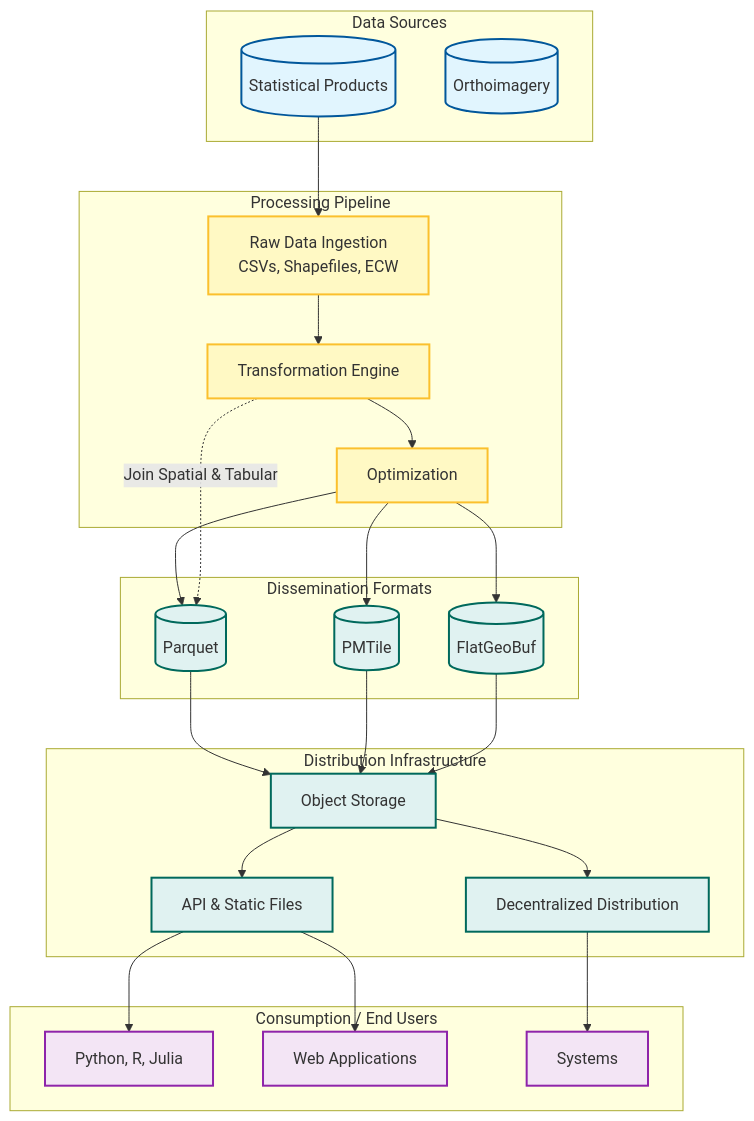
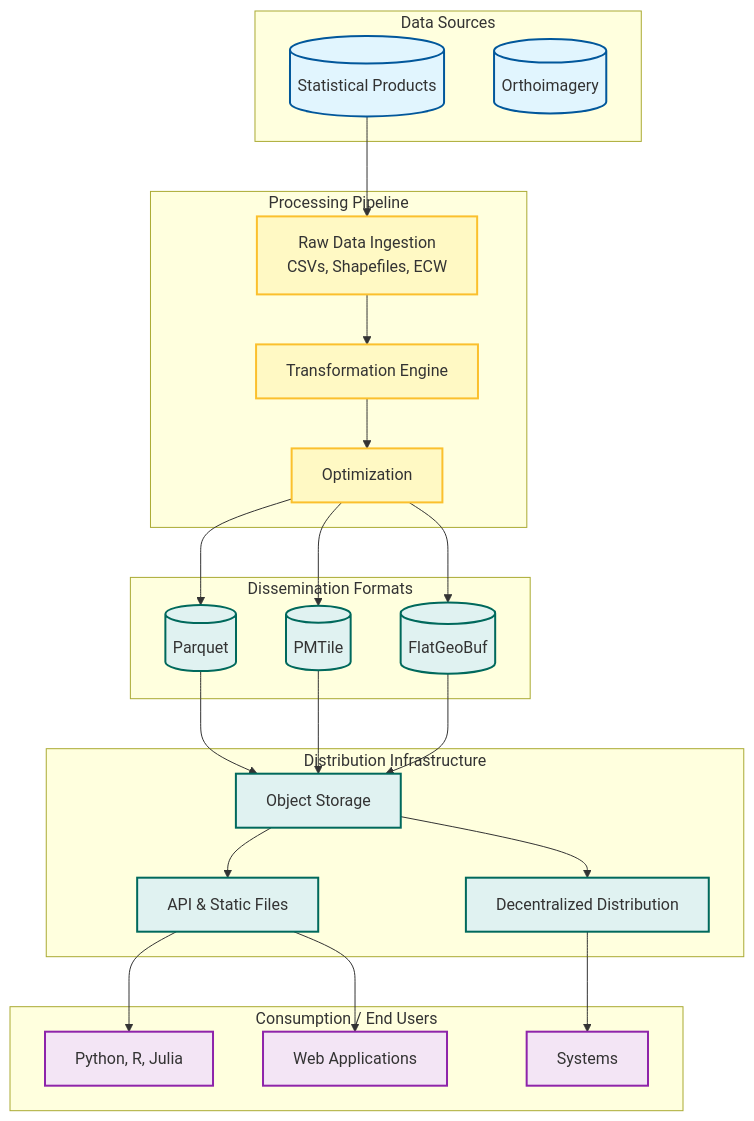
The diagram in content/_index.md (dataforcanada/www.dataforcanada.org), drawn with Mermaid before and after one commit. The commit also changed 1 other file, not shown here.

Commit message:
Simplified diagrams

````diff
--- a/content/_index.md
+++ b/content/_index.md
@@ -23,64 +23,61 @@
 ```mermaid
 flowchart TD
     %% Define Styles
     classDef source fill:#e1f5fe,stroke:#01579b,stroke-width:2px
     classDef process fill:#fff9c4,stroke:#fbc02d,stroke-width:2px
     classDef storage fill:#e0f2f1,stroke:#00695c,stroke-width:2px
     classDef consumer fill:#f3e5f5,stroke:#8e24aa,stroke-width:2px
 
     subgraph "Data Sources"
         StatProducts[("Statistical Products")]:::source
         Orthoimagery[("Orthoimagery")]:::source
     end
 
     subgraph "Processing Pipeline"
         Raw[Raw Data Ingestion<br/>CSVs, Shapefiles, ECW]:::process
         Transform[Transformation Engine]:::process
         Opt[Optimization]:::process
     end
 
     subgraph "Dissemination Formats"
         Parquet[("Parquet")]:::storage
         PMTiles[("PMTile")]:::storage
         FlatGeoBuf[("FlatGeoBuf")]:::storage
     end
 
     subgraph "Distribution Infrastructure"
         ObjectStorage[Object Storage]:::storage
         DecentralizedDistribution[Decentralized Distribution]:::storage
         Serverless[API & Static Files]:::storage
     end
 
     subgraph "Consumption / End Users"
         DataSci[DuckDB, Python, QGIS, Jupyter]:::consumer
         WebApps[Web Applications]:::consumer
         DataSci[Python, R, Julia]:::consumer
         Systems[Systems]:::consumer
     end
 
     %% Relationships
     StatProducts --> Raw
     Raw --> Transform
     Transform --> Opt
     Opt --> Parquet
     Opt --> PMTiles
     Opt --> FlatGeoBuf
     Parquet --> ObjectStorage
     PMTiles --> ObjectStorage
     FlatGeoBuf --> ObjectStorage
     ObjectStorage --> DecentralizedDistribution
     ObjectStorage --> Serverless
     DecentralizedDistribution --> Systems
     Serverless --> WebApps
     Serverless --> DataSci
 
-    %% Concept Annotations
-    Transform -.->|"Join Spatial & Tabular"| Parquet
-
     click Parquet "https://github.com/apache/parquet-format" _blank
     click FlatGeoBuf "https://flatgeobuf.org" _blank
     click PMTiles "https://github.com/protomaps/PMTiles/blob/main/spec/v3/spec.md" _blank
     click StatProducts "https://www.dataforcanada.org/docs/processes/statistical_products/" _blank
     click Orthoimagery "https://www.dataforcanada.org/docs/processes/orthoimagery/" _blank
     click DecentralizedDistribution "https://www.dataforcanada.org/docs/dissemination/" _blank
 ```
````
